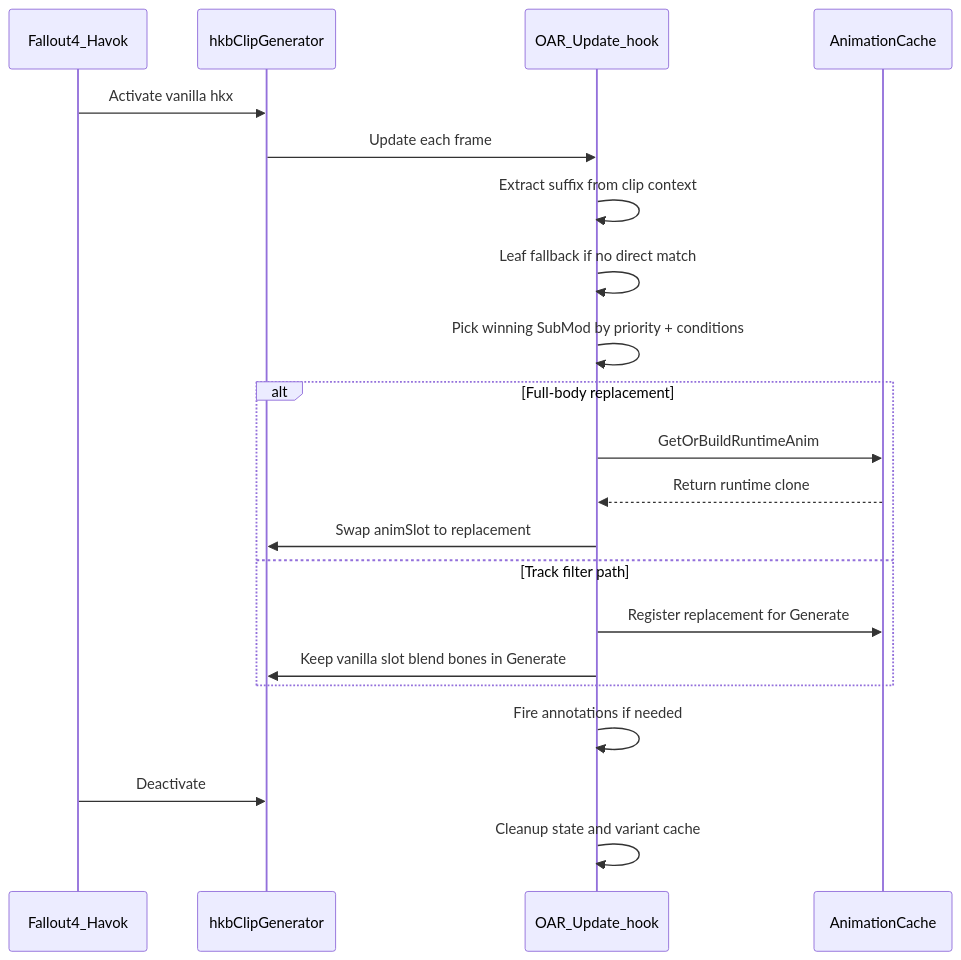
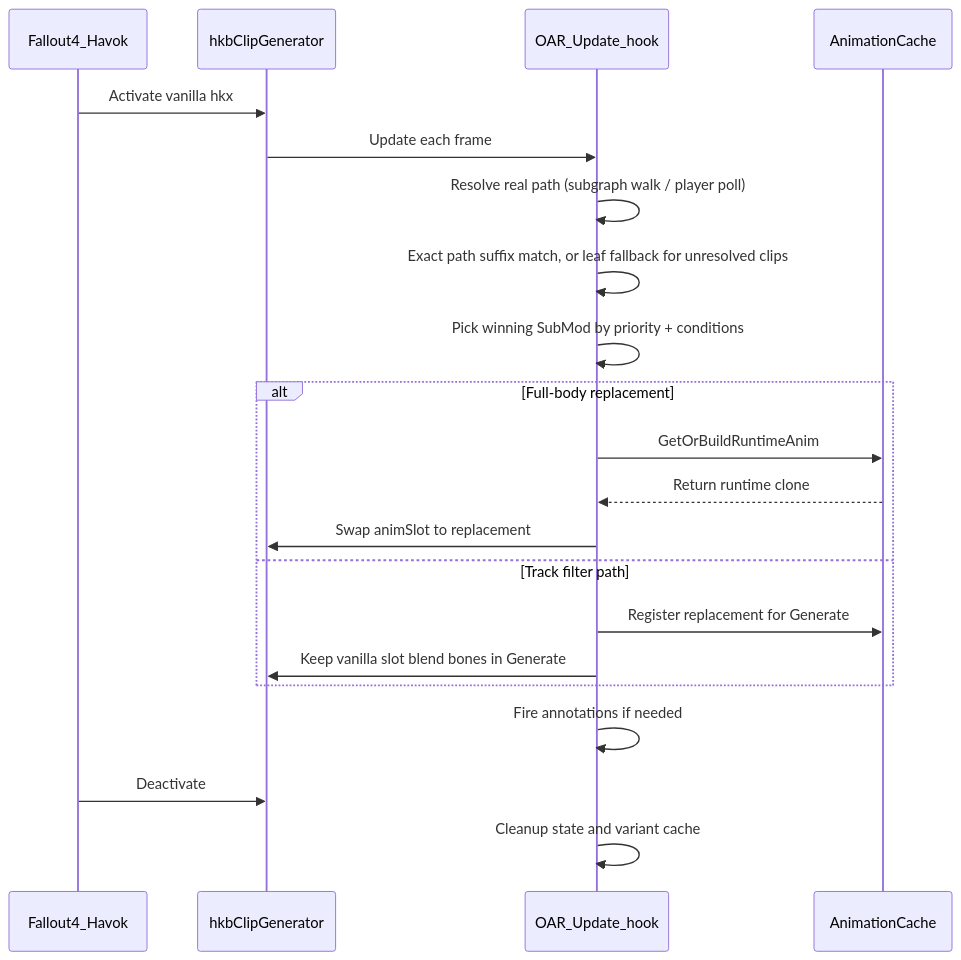
One commit to DCCStudios/F4-OpenAnimationReplacer changed the third of 7 diagrams in README.md. Above: the diagram before and after it, drawn with Mermaid. The commit also changed other lines of this file and 13 other files, not shown here.

````diff
--- a/README.md
+++ b/README.md
@@ -114,24 +119,24 @@
 ```mermaid
 sequenceDiagram
     participant Game as Fallout4_Havok
     participant Clip as hkbClipGenerator
     participant OAR as OAR_Update_hook
     participant Cache as AnimationCache
 
     Game->>Clip: Activate vanilla hkx
     Clip->>OAR: Update each frame
-    OAR->>OAR: Extract suffix from clip context
-    OAR->>OAR: Leaf fallback if no direct match
+    OAR->>OAR: Resolve real path (subgraph walk / player poll)
+    OAR->>OAR: Exact path suffix match, or leaf fallback for unresolved clips
     OAR->>OAR: Pick winning SubMod by priority + conditions
     alt Full-body replacement
         OAR->>Cache: GetOrBuildRuntimeAnim
         Cache-->>OAR: Return runtime clone
         OAR->>Clip: Swap animSlot to replacement
     else Track filter path
         OAR->>Cache: Register replacement for Generate
         OAR->>Clip: Keep vanilla slot blend bones in Generate
     end
     OAR->>OAR: Fire annotations if needed
     Game->>Clip: Deactivate
     OAR->>OAR: Cleanup state and variant cache
 ```
````
